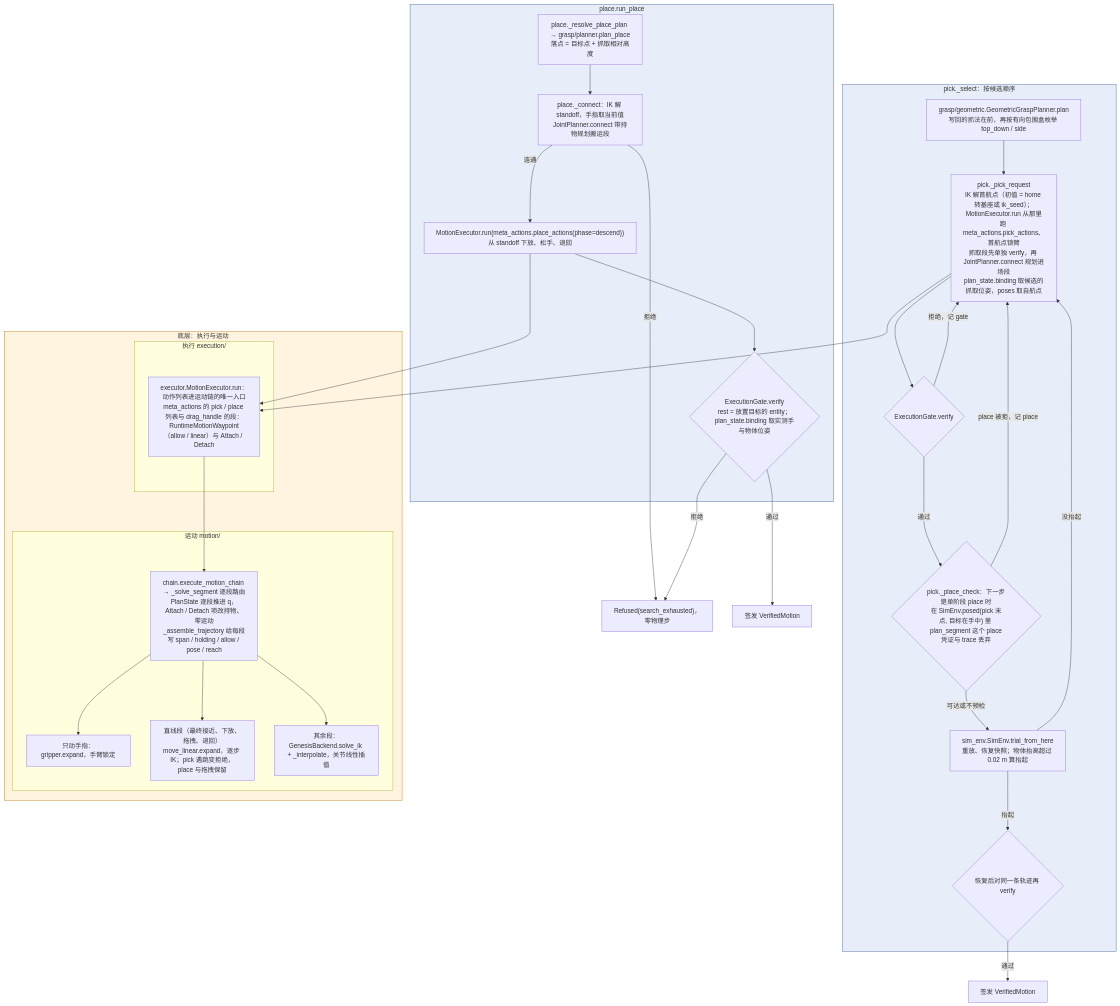
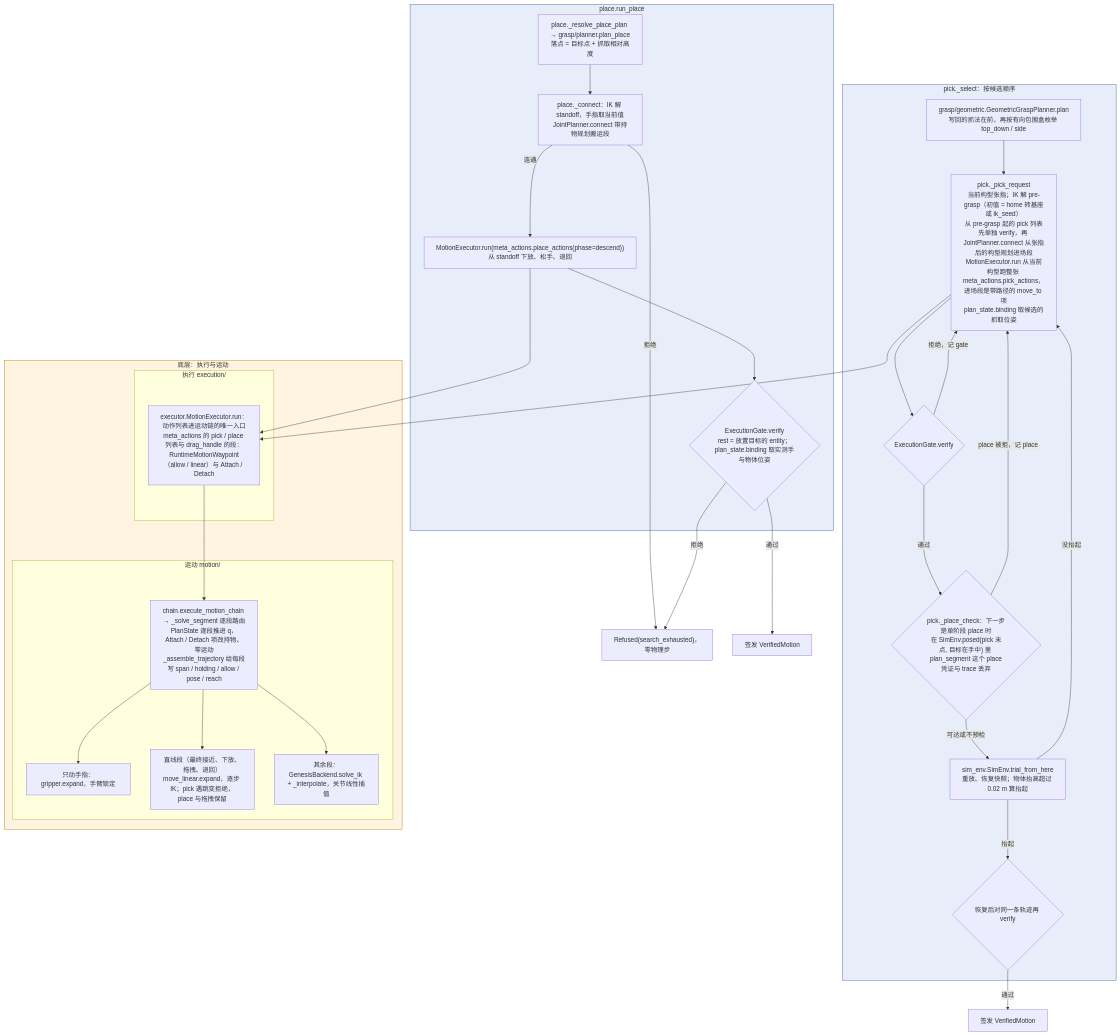
One commit to ZJLi2013/RoboSmith changed the second of 2 diagrams in docs/call-chain.md. Above: the diagram before and after it, drawn with Mermaid. The commit also changed other lines of this file and 2 other files, not shown here.

Commit message:
docs: pick and place follow the public action semantics on a fully gravity-compensated franka

````diff
--- a/docs/call-chain.md
+++ b/docs/call-chain.md
@@ -73,49 +73,49 @@
 ```mermaid
 flowchart TD
     subgraph PK["pick._select：按候选顺序"]
         GEO["grasp/geometric.GeometricGraspPlanner.plan<br/>写回的抓法在前，再按有向包围盒枚举 top_down / side"]
-        PM["pick._pick_request<br/>IK 解首航点（初值 = home 转基座或 ik_seed）；MotionExecutor.run 从那里跑 meta_actions.pick_actions、首航点锁臂<br/>抓取段先单独 verify，再 JointPlanner.connect 规划进场段<br/>plan_state.binding 取候选的抓取位姿，poses 取自航点"]
+        PM["pick._pick_request<br/>当前构型张指；IK 解 pre-grasp（初值 = home 转基座或 ik_seed）<br/>从 pre-grasp 起的 pick 列表先单独 verify，再 JointPlanner.connect 从张指后的构型规划进场段<br/>MotionExecutor.run 从当前构型跑整张 meta_actions.pick_actions，进场段是带路径的 move_to 项<br/>plan_state.binding 取候选的抓取位姿"]
         V1{"ExecutionGate.verify"}
         PRE{"pick._place_check：下一步是单阶段 place 时<br/>在 SimEnv.posed(pick 末点, 目标在手中) 里 plan_segment 这个 place<br/>凭证与 trace 丢弃"}
         TR["sim_env.SimEnv.trial_from_here<br/>重放、恢复快照；物体抬高超过 0.02 m 算抬起"]
         V2{"恢复后对同一条轨迹再 verify"}
     end
 
     subgraph PL["place.run_place"]
         PP["place._resolve_place_plan → grasp/planner.plan_place<br/>落点 = 目标点 + 抓取相对高度"]
         PC["place._connect：IK 解 standoff，手指取当前值<br/>JointPlanner.connect 带持物规划搬运段"]
         PX["MotionExecutor.run(meta_actions.place_actions(phase=descend))<br/>从 standoff 下放、松手、退回"]
         V3{"ExecutionGate.verify<br/>rest = 放置目标的 entity；plan_state.binding 取实测手与物体位姿"}
     end
 
     subgraph LOW["底层：执行与运动"]
         subgraph EX["执行 execution/"]
             EXE["executor.MotionExecutor.run：动作列表进运动链的唯一入口<br/>meta_actions 的 pick / place 列表与 drag_handle 的段：RuntimeMotionWaypoint（allow / linear）与 Attach / Detach"]
         end
         subgraph MO["运动 motion/"]
             CH["chain.execute_motion_chain → _solve_segment 逐段路由<br/>PlanState 逐段推进 q，Attach / Detach 项改持物、零运动<br/>_assemble_trajectory 给每段写 span / holding / allow / pose / reach"]
             F["只动手指：gripper.expand，手臂锁定"]
             C["直线段（最终接近、下放、拖拽、退回）<br/>move_linear.expand，逐步 IK；pick 遇跳变拒绝，place 与拖拽保留"]
             G["其余段：GenesisBackend.solve_ik + _interpolate，关节线性插值"]
         end
     end
 
     GEO --> PM --> V1
     V1 -- 拒绝，记 gate --> PM
     V1 -- 通过 --> PRE
     PRE -- place 被拒，记 place --> PM
     PRE -- 可达或不预检 --> TR
     TR -- 没抬起 --> PM
     TR -- 抬起 --> V2
     V2 -- 通过 --> OKP["签发 VerifiedMotion"]
     PP --> PC
     PC -- 拒绝 --> RF["Refused(search_exhausted)，零物理步"]
     PC -- 连通 --> PX --> V3
     V3 -- 拒绝 --> RF
     V3 -- 通过 --> OKL["签发 VerifiedMotion"]
     PM & PX --> EXE --> CH --> F & C & G
 
     style PK fill:#e8eef9,stroke:#3b5b9a
     style PL fill:#e8eef9,stroke:#3b5b9a
     style LOW fill:#fff4e0,stroke:#b9770e
 ```
````
